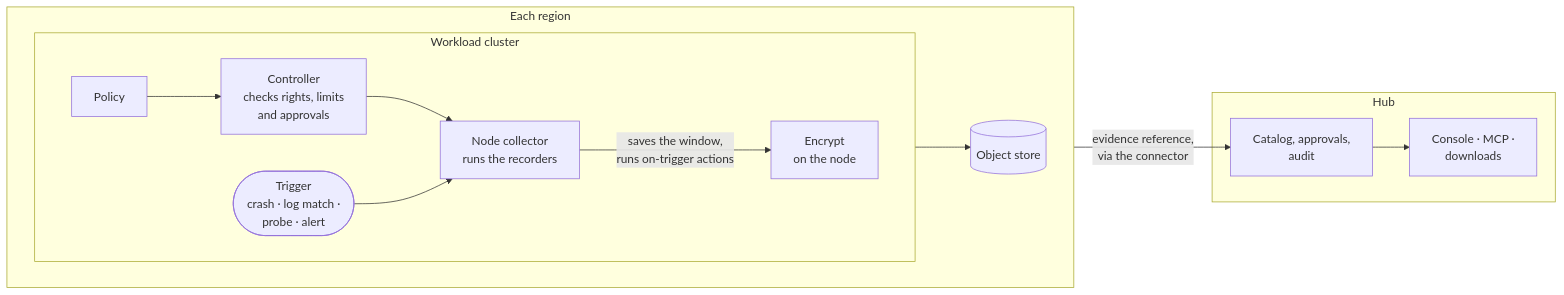
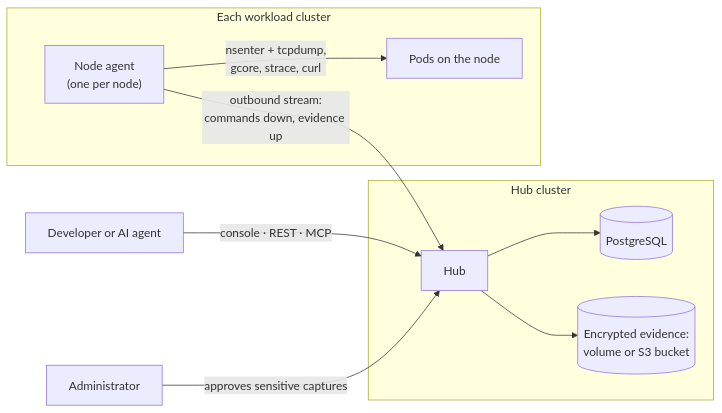
Before and after one commit to phihos/asservat: the diagram in README.md, drawn with Mermaid. The commit also changed other lines of this file and 4287 other files, not shown here.

First line of the commit message:
Replace the runtime with a small core: hub, node agent, one approval step (#305)

````diff
--- a/README.md
+++ b/README.md
@@ -64,18 +36,13 @@
 ```mermaid
 flowchart LR
-    subgraph Region["Each region"]
-        direction LR
-        subgraph Workload["Workload cluster"]
-            direction LR
-            Policy["Policy"] --> Controller["Controller<br/>checks rights, limits<br/>and approvals"]
-            Controller --> Collector["Node collector<br/>runs the recorders"]
-            Trigger(["Trigger<br/>crash · log match ·<br/>probe · alert"]) --> Collector
-            Collector -->|"saves the window,<br/>runs on-trigger actions"| Encrypt["Encrypt<br/>on the node"]
-        end
-        Encrypt --> Store[("Object store")]
+    User["Developer or AI agent"] -->|"console · REST · MCP"| Hub
+    Admin["Administrator"] -->|approves sensitive captures| Hub
+    subgraph Central["Hub cluster"]
+        Hub["Hub"] --> DB[("PostgreSQL")]
+        Hub --> Store[("Encrypted evidence:<br/>volume or S3 bucket")]
     end
-    subgraph Central["Hub"]
-        Catalog["Catalog, approvals,<br/>audit"] --> Access["Console · MCP ·<br/>downloads"]
+    subgraph Workload["Each workload cluster"]
+        Agent["Node agent<br/>(one per node)"] -->|"nsenter + tcpdump,<br/>gcore, strace, curl"| Pods["Pods on the node"]
     end
-    Store -->|"evidence reference,<br/>via the connector"| Catalog
+    Agent -->|"outbound stream:<br/>commands down, evidence up"| Hub
 ```
````
